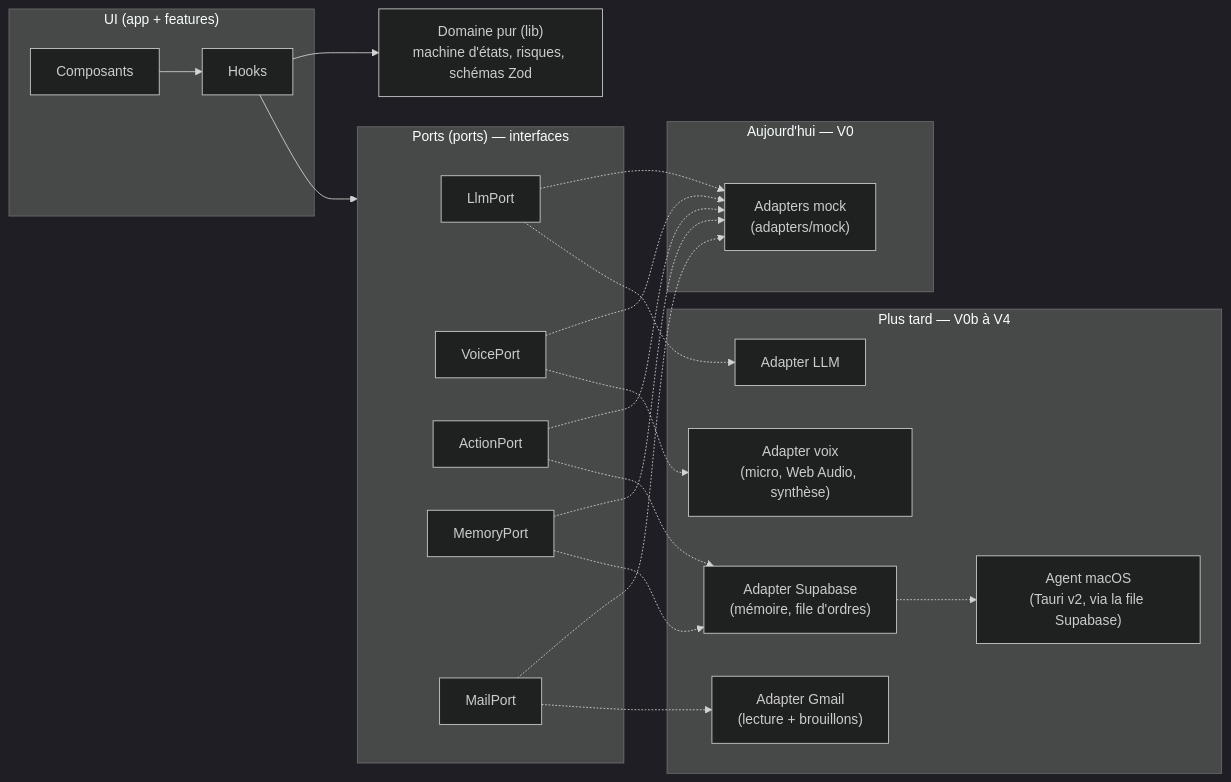
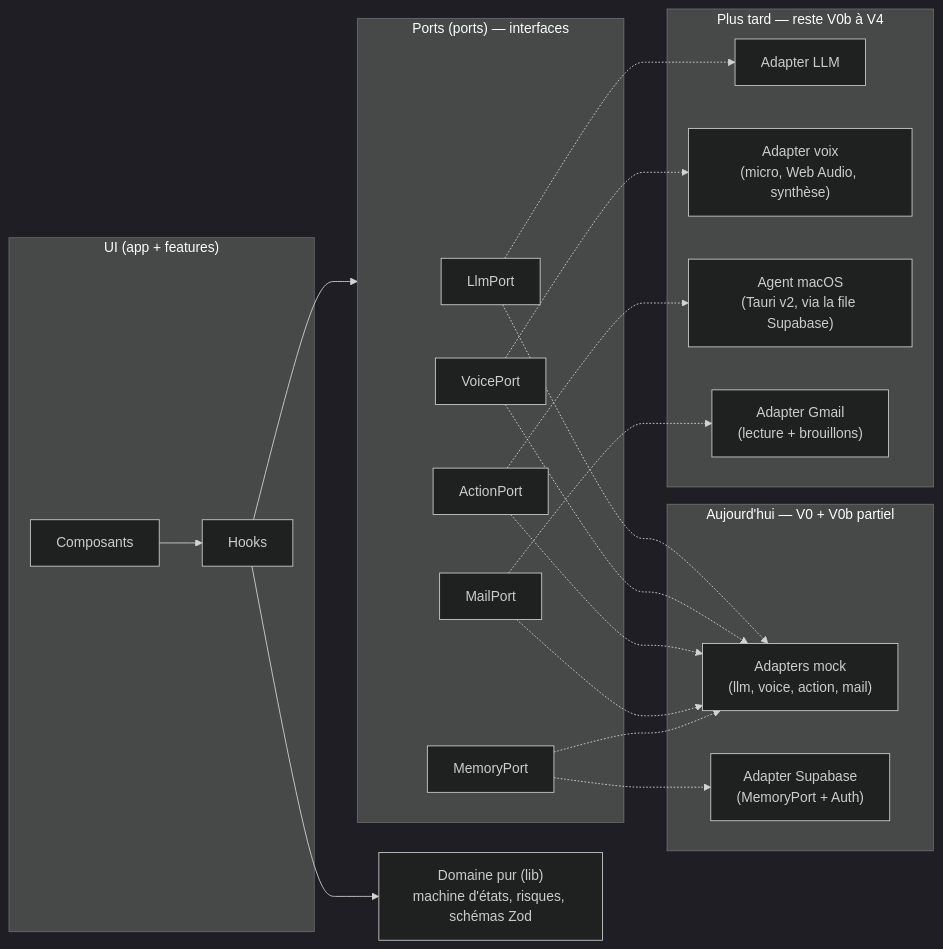
Before and after one commit to Estime10/wake-up-JARVIS: the diagram in README.md, drawn with Mermaid (dark theme). The commit also changed other lines of this file and 60 other files, not shown here.

First line of the commit message:
feat(auth): gate e-mail Supabase, mémoire et pages système.

````diff
--- a/README.md
+++ b/README.md
@@ -86,44 +89,43 @@
 ```mermaid
 flowchart LR
   subgraph UI["UI (app + features)"]
     C[Composants] --> H[Hooks]
   end
 
   H --> P
 
   subgraph P["Ports (ports) — interfaces"]
     LLM[LlmPort]
     VOICE[VoicePort]
     ACTION[ActionPort]
     MEM[MemoryPort]
     MAIL[MailPort]
   end
 
   D["Domaine pur (lib)<br/>machine d'états, risques, schémas Zod"]
   H --> D
 
-  subgraph NOW["Aujourd'hui — V0"]
-    MOCK["Adapters mock<br/>(adapters/mock)"]
+  subgraph NOW["Aujourd'hui — V0 + V0b partiel"]
+    MOCK["Adapters mock<br/>(llm, voice, action, mail)"]
+    SUPA_MEM["Adapter Supabase<br/>(MemoryPort + Auth)"]
   end
 
-  subgraph LATER["Plus tard — V0b à V4"]
-    SUPA["Adapter Supabase<br/>(mémoire, file d'ordres)"]
+  subgraph LATER["Plus tard — reste V0b à V4"]
     LLMA["Adapter LLM"]
     VOICEA["Adapter voix<br/>(micro, Web Audio, synthèse)"]
     AGENT["Agent macOS<br/>(Tauri v2, via la file Supabase)"]
     GMAIL["Adapter Gmail<br/>(lecture + brouillons)"]
   end
 
   LLM -.-> MOCK
   VOICE -.-> MOCK
   ACTION -.-> MOCK
+  MAIL -.-> MOCK
+  MEM -.-> SUPA_MEM
   MEM -.-> MOCK
-  MAIL -.-> MOCK
 
   LLM -.-> LLMA
   VOICE -.-> VOICEA
-  MEM -.-> SUPA
-  ACTION -.-> SUPA
-  SUPA -.-> AGENT
+  ACTION -.-> AGENT
   MAIL -.-> GMAIL
 ```
````
